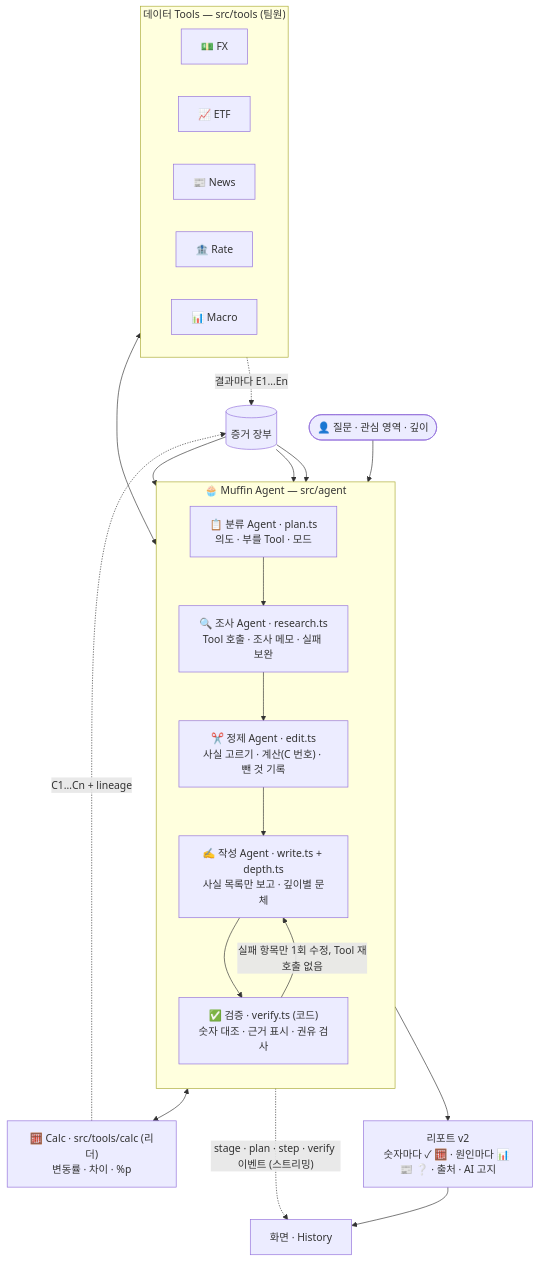
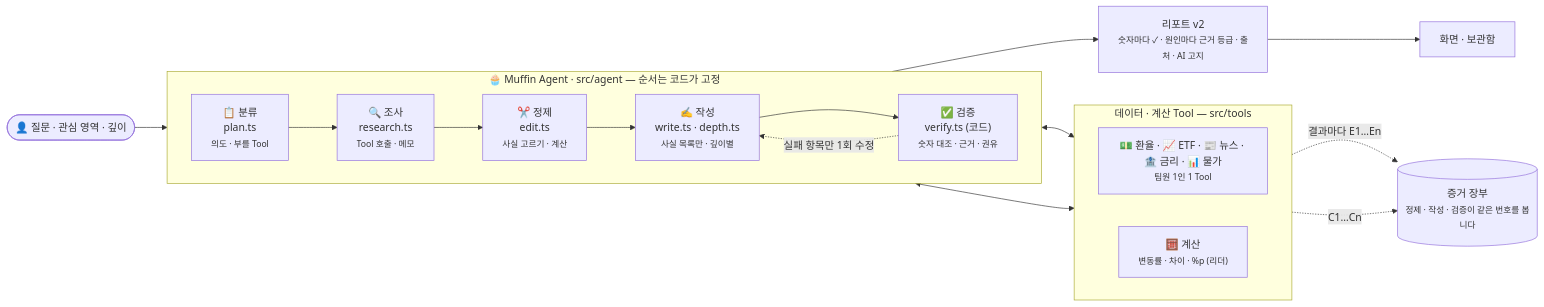
Before and after one commit to muffin-lab-it/muffin: the first of 3 diagrams in README.md, drawn with Mermaid.

Commit message:
docs: README 구조 그림을 가로 흐름으로 (다섯 단계 한 줄 · Tool · 장부 오른쪽 · 리포트 아래)

````diff
--- a/README.md
+++ b/README.md
@@ -19,37 +19,23 @@
 ```mermaid
-flowchart TB
-    U(["👤 질문 · 관심 영역 · 깊이"]) --> PL
+flowchart LR
+    U(["👤 질문 · 관심 영역 · 깊이"]) --> P
 
-    subgraph P["🧁 Muffin Agent — src/agent"]
-        direction TB
-        PL["📋 분류 Agent · plan.ts<br/>의도 · 부를 Tool · 모드"]
-        RS["🔍 조사 Agent · research.ts<br/>Tool 호출 · 조사 메모 · 실패 보완"]
-        ED["✂️ 정제 Agent · edit.ts<br/>사실 고르기 · 계산(C 번호) · 뺀 것 기록"]
-        WR["✍️ 작성 Agent · write.ts + depth.ts<br/>사실 목록만 보고 · 깊이별 문체"]
-        VF["✅ 검증 · verify.ts (코드)<br/>숫자 대조 · 근거 표시 · 권유 검사"]
-        PL --> RS --> ED --> WR --> VF
-        VF -- "실패 항목만 1회 수정, Tool 재호출 없음" --> WR
+    subgraph AGENT["🧁 Muffin Agent · src/agent — 순서는 코드가 고정"]
+        direction LR
+        P["📋 분류<br/>plan.ts<br/><small>의도 · 부를 Tool</small>"] --> R["🔍 조사<br/>research.ts<br/><small>Tool 호출 · 메모</small>"] --> E["✂️ 정제<br/>edit.ts<br/><small>사실 고르기 · 계산</small>"] --> W["✍️ 작성<br/>write.ts · depth.ts<br/><small>사실 목록만 · 깊이별</small>"] --> V["✅ 검증<br/>verify.ts (코드)<br/><small>숫자 대조 · 근거 · 권유</small>"]
+        V -. "실패 항목만 1회 수정" .-> W
     end
 
-    subgraph T["데이터 Tools — src/tools (팀원)"]
+    V --> OUT["리포트 v2<br/><small>숫자마다 ✓ · 원인마다 근거 등급 · 출처 · AI 고지</small>"] --> UI["화면 · 보관함"]
+
+    subgraph DATA["데이터 · 계산 Tool — src/tools"]
         direction LR
-        FX["💵 FX"]
-        ETF["📈 ETF"]
-        NEWS["📰 News"]
-        RATE["🏦 Rate"]
-        MACRO["📊 Macro"]
+        T["💵 환율 · 📈 ETF · 📰 뉴스 · 🏦 금리 · 📊 물가<br/><small>팀원 1인 1 Tool</small>"]
+        C["🧮 계산<br/><small>변동률 · 차이 · %p (리더)</small>"]
     end
-    CALC["🧮 Calc · src/tools/calc (리더)<br/>변동률 · 차이 · %p"]
 
-    RS <--> T
-    ED <--> CALC
-    T -. "결과마다 E1…En" .-> L[("증거 장부")]
-    CALC -. "C1…Cn + lineage" .-> L
-    L --> ED
-    L --> WR
-    L --> VF
-
-    VF --> R["리포트 v2<br/>숫자마다 ✓ 🧮 · 원인마다 📊 📰 ❔ · 출처 · AI 고지"]
-    R --> UI["화면 · History"]
-    P -. "stage · plan · step · verify 이벤트 (스트리밍)" .-> UI
+    R <--> T
+    E <--> C
+    T -. "결과마다 E1…En" .-> L[("증거 장부<br/><small>정제 · 작성 · 검증이 같은 번호를 봅니다</small>")]
+    C -. "C1…Cn" .-> L
 ```
````
